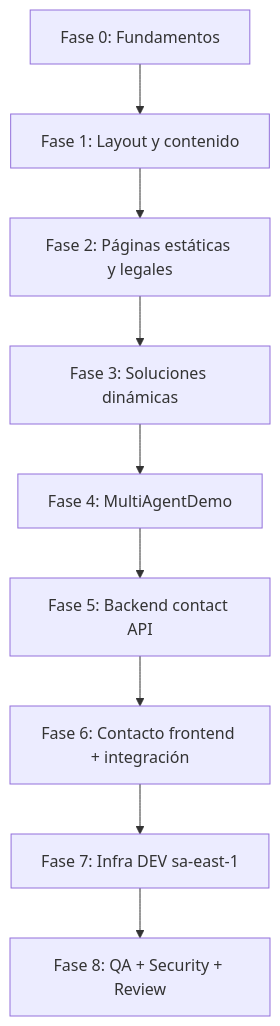
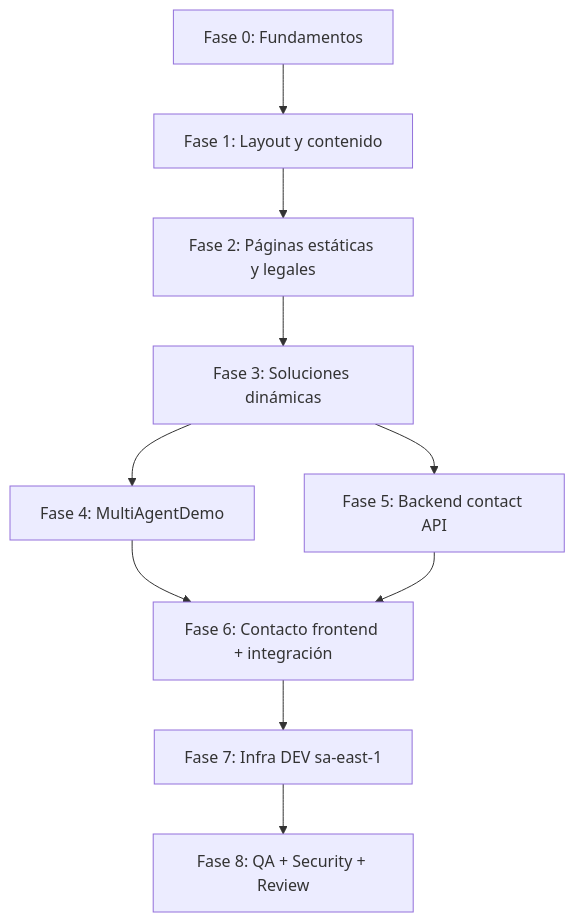
The diagram in .nadf/projects/novus-intelligence/artifacts/plan-implementacion.md (arodriguez-novusintelligence/NovusAIDevelopmentFramework), drawn with Mermaid before and after one commit. The commit also changed other lines of this file and 1 other file, not shown here.

````diff
--- a/.nadf/projects/novus-intelligence/artifacts/plan-implementacion.md
+++ b/.nadf/projects/novus-intelligence/artifacts/plan-implementacion.md
@@ -121,11 +118,12 @@
 ```mermaid
 flowchart TD
     P0[Fase 0: Fundamentos] --> P1[Fase 1: Layout y contenido]
     P1 --> P2[Fase 2: Páginas estáticas y legales]
     P2 --> P3[Fase 3: Soluciones dinámicas]
     P3 --> P4[Fase 4: MultiAgentDemo]
-    P4 --> P5[Fase 5: Backend contact API]
-    P5 --> P6[Fase 6: Contacto frontend + integración]
+    P3 --> P5[Fase 5: Backend contact API]
+    P4 --> P6[Fase 6: Contacto frontend + integración]
+    P5 --> P6
     P6 --> P7[Fase 7: Infra DEV sa-east-1]
     P7 --> P8[Fase 8: QA + Security + Review]
 ```
````
